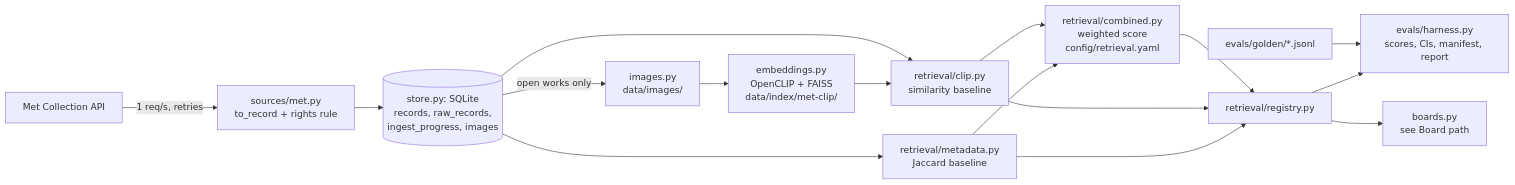
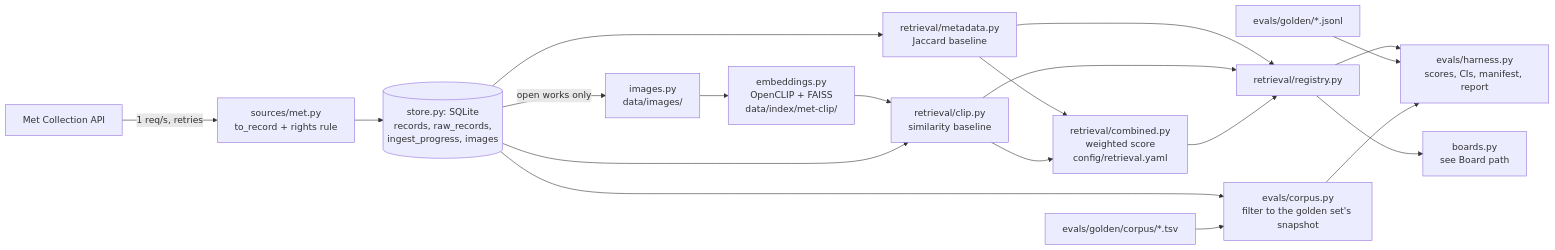
One commit to sycrus/refdesk changed the first of 4 diagrams in docs/architecture.md. Above: the diagram before and after it, drawn with Mermaid. The commit also changed other lines of this file and 19 other files, not shown here.

First line of the commit message:
Eval corpus snapshots: golden sets pin an ID list, the store keeps growing (closes #151)

````diff
--- a/docs/architecture.md
+++ b/docs/architecture.md
@@ -7,18 +7,21 @@
 ```mermaid
 flowchart LR
   MET[Met Collection API] -->|1 req/s, retries| ADAPTER[sources/met.py<br/>to_record + rights rule]
   ADAPTER --> STORE[(store.py: SQLite<br/>records, raw_records,<br/>ingest_progress, images)]
   STORE -->|open works only| IMAGES[images.py<br/>data/images/]
   IMAGES --> EMBED[embeddings.py<br/>OpenCLIP + FAISS<br/>data/index/met-clip/]
   STORE --> JACCARD[retrieval/metadata.py<br/>Jaccard baseline]
   EMBED --> CLIP[retrieval/clip.py<br/>similarity baseline]
   STORE --> CLIP
   JACCARD --> COMBINED[retrieval/combined.py<br/>weighted score<br/>config/retrieval.yaml]
   CLIP --> COMBINED
   JACCARD --> REG[retrieval/registry.py]
   CLIP --> REG
   COMBINED --> REG
   REG --> EVAL[evals/harness.py<br/>scores, CIs, manifest, report]
   REG --> BOARDS[boards.py<br/>see Board path]
   GOLDEN[evals/golden/*.jsonl] --> EVAL
+  STORE --> PIN[evals/corpus.py<br/>filter to the golden set's snapshot]
+  SNAP[evals/golden/corpus/*.tsv] --> PIN
+  PIN --> EVAL
 ```
````
